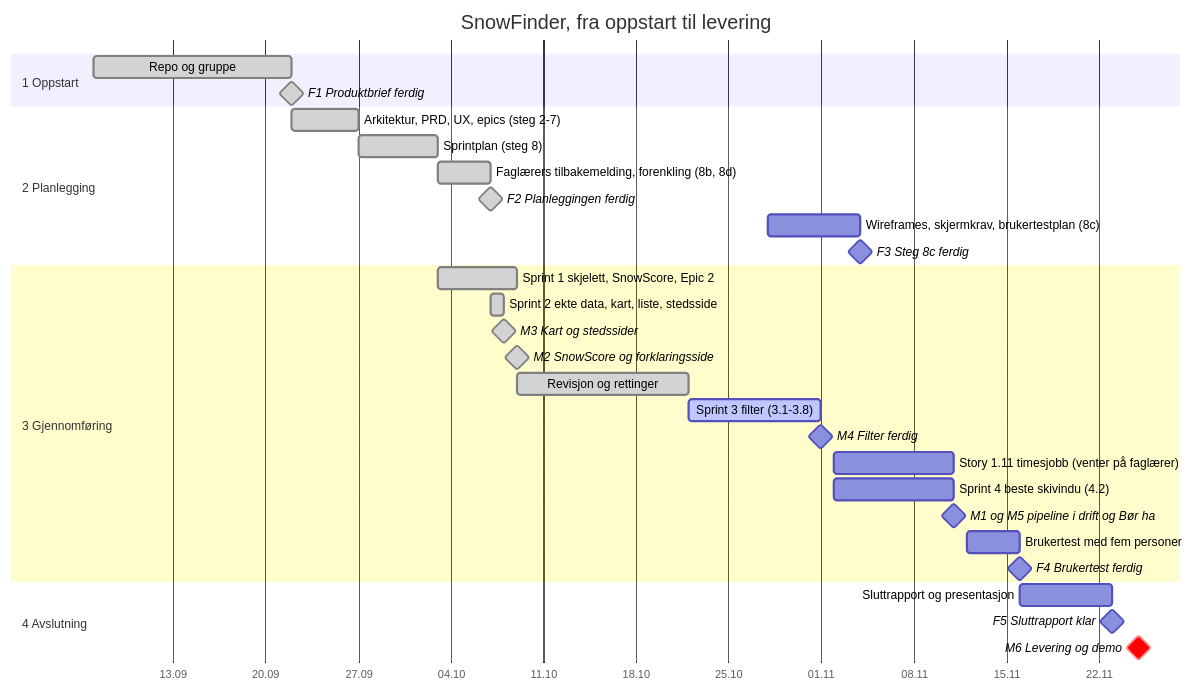
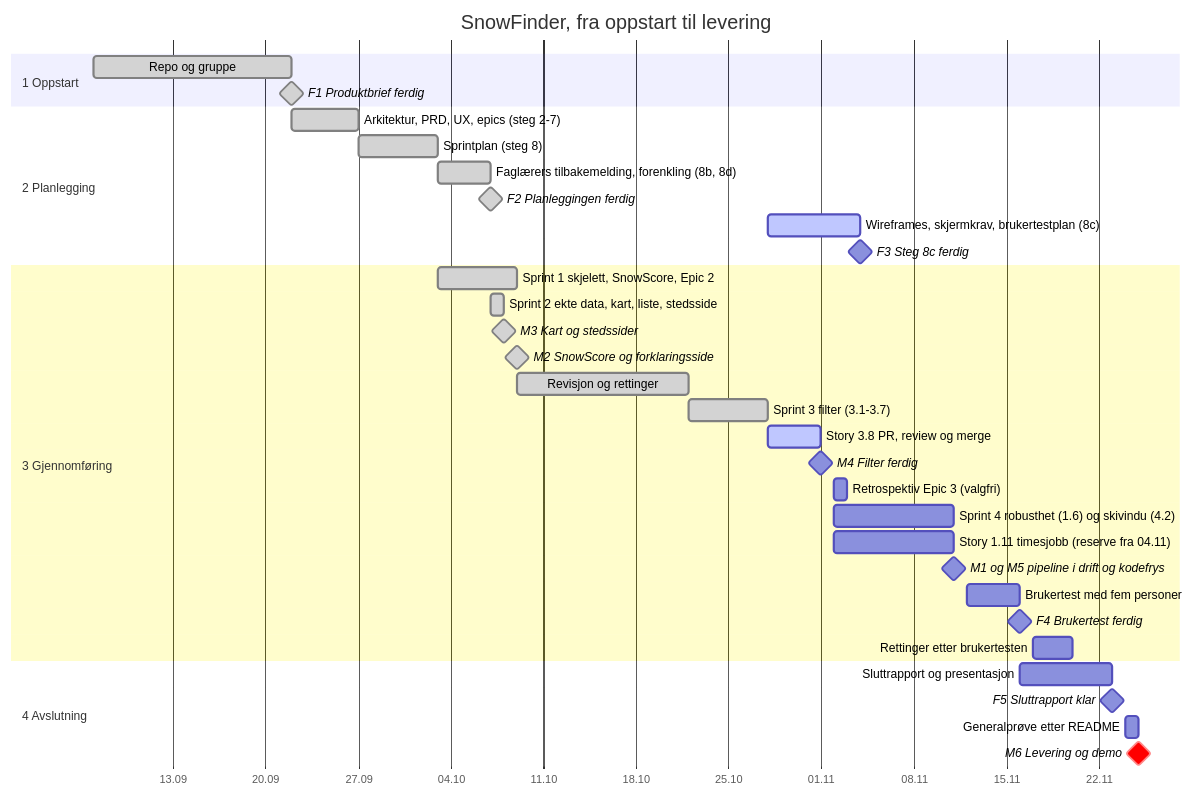
The diagram in project-phase-folders/3-Gjennomføringsfasen/fremdriftsplan.md (IBE160-2026/G18-bikila-dymbe-gela-james), drawn with Mermaid before and after one commit. The commit also changed other lines of this file and 6 other files, not shown here.

````diff
--- a/project-phase-folders/3-Gjennomføringsfasen/fremdriftsplan.md
+++ b/project-phase-folders/3-Gjennomføringsfasen/fremdriftsplan.md
@@ -124,37 +128,41 @@
 ```mermaid
 gantt
     title SnowFinder, fra oppstart til levering
     dateFormat YYYY-MM-DD
     axisFormat %d.%m
 
     section 1 Oppstart
     Repo og gruppe                                : done, 2026-09-07, 2026-09-22
     F1 Produktbrief ferdig                        : milestone, done, 2026-09-22, 0d
 
     section 2 Planlegging
     Arkitektur, PRD, UX, epics (steg 2-7)         : done, 2026-09-22, 2026-09-27
     Sprintplan (steg 8)                           : done, 2026-09-27, 2026-10-03
     Faglærers tilbakemelding, forenkling (8b, 8d) : done, 2026-10-03, 2026-10-07
     F2 Planleggingen ferdig                       : milestone, done, 2026-10-07, 0d
-    Wireframes, skjermkrav, brukertestplan (8c)   : 2026-10-28, 2026-11-04
+    Wireframes, skjermkrav, brukertestplan (8c)   : active, 2026-10-28, 2026-11-04
     F3 Steg 8c ferdig                             : milestone, 2026-11-04, 0d
 
     section 3 Gjennomføring
     Sprint 1 skjelett, SnowScore, Epic 2          : done, 2026-10-03, 2026-10-09
     Sprint 2 ekte data, kart, liste, stedsside    : done, 2026-10-07, 2026-10-08
     M3 Kart og stedssider                         : milestone, done, 2026-10-08, 0d
     M2 SnowScore og forklaringsside               : milestone, done, 2026-10-09, 0d
     Revisjon og rettinger                         : done, 2026-10-09, 2026-10-22
-    Sprint 3 filter (3.1-3.8)                     : active, 2026-10-22, 2026-11-01
+    Sprint 3 filter (3.1-3.7)                     : done, 2026-10-22, 2026-10-28
+    Story 3.8 PR, review og merge                 : active, 2026-10-28, 2026-11-01
     M4 Filter ferdig                              : milestone, 2026-11-01, 0d
-    Story 1.11 timesjobb (venter på faglærer)     : 2026-11-02, 2026-11-11
-    Sprint 4 beste skivindu (4.2)                 : 2026-11-02, 2026-11-11
-    M1 og M5 pipeline i drift og Bør ha           : milestone, 2026-11-11, 0d
+    Retrospektiv Epic 3 (valgfri)                 : 2026-11-02, 2026-11-03
+    Sprint 4 robusthet (1.6) og skivindu (4.2)    : 2026-11-02, 2026-11-11
+    Story 1.11 timesjobb (reserve fra 04.11)      : 2026-11-02, 2026-11-11
+    M1 og M5 pipeline i drift og kodefrys         : milestone, 2026-11-11, 0d
     Brukertest med fem personer                   : 2026-11-12, 2026-11-16
     F4 Brukertest ferdig                          : milestone, 2026-11-16, 0d
+    Rettinger etter brukertesten                  : 2026-11-17, 2026-11-20
 
     section 4 Avslutning
     Sluttrapport og presentasjon                  : 2026-11-16, 2026-11-23
     F5 Sluttrapport klar                          : milestone, 2026-11-23, 0d
+    Generalprøve etter README                     : 2026-11-24, 2026-11-25
     M6 Levering og demo                           : milestone, crit, 2026-11-25, 0d
 ```
````
